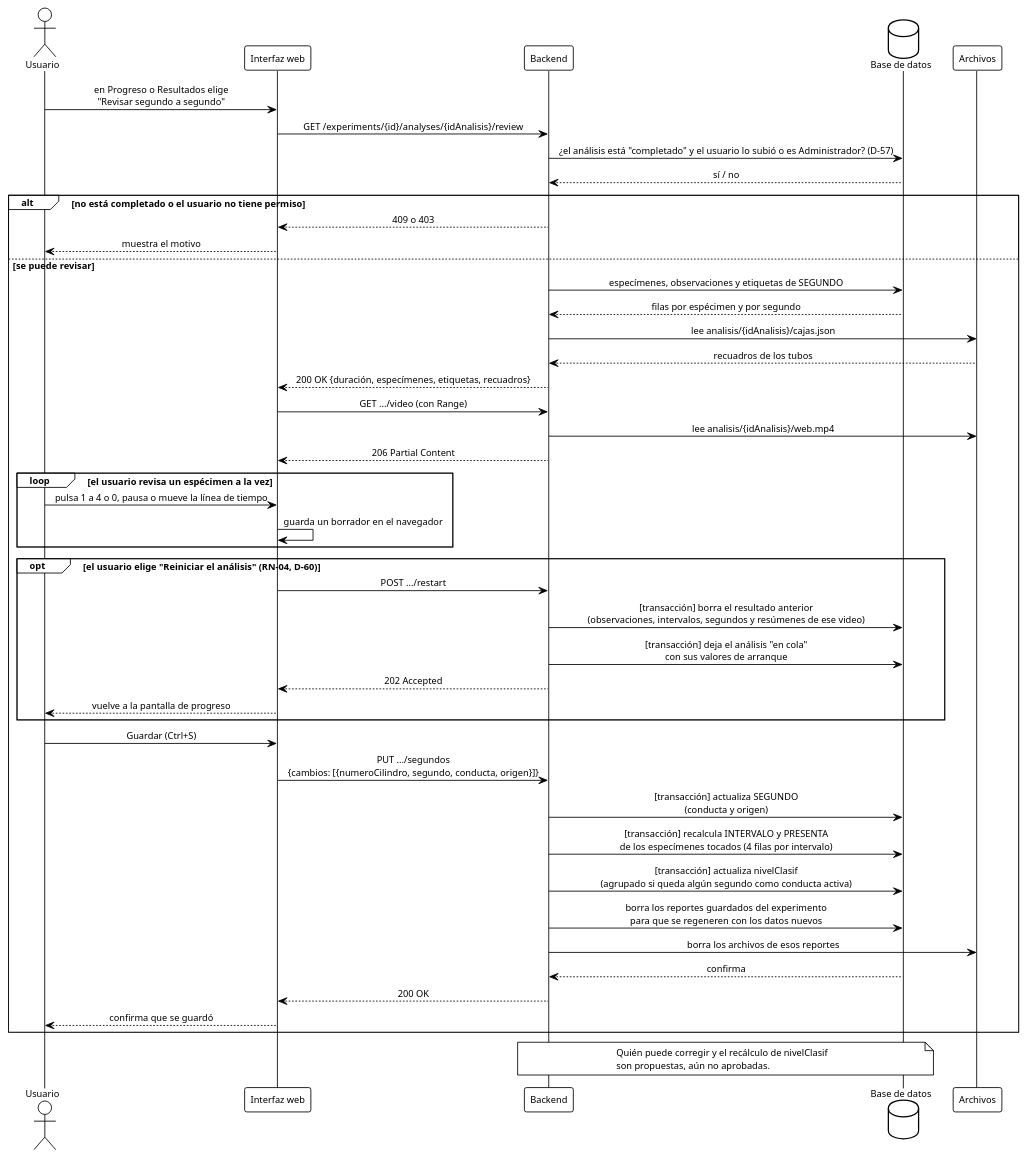
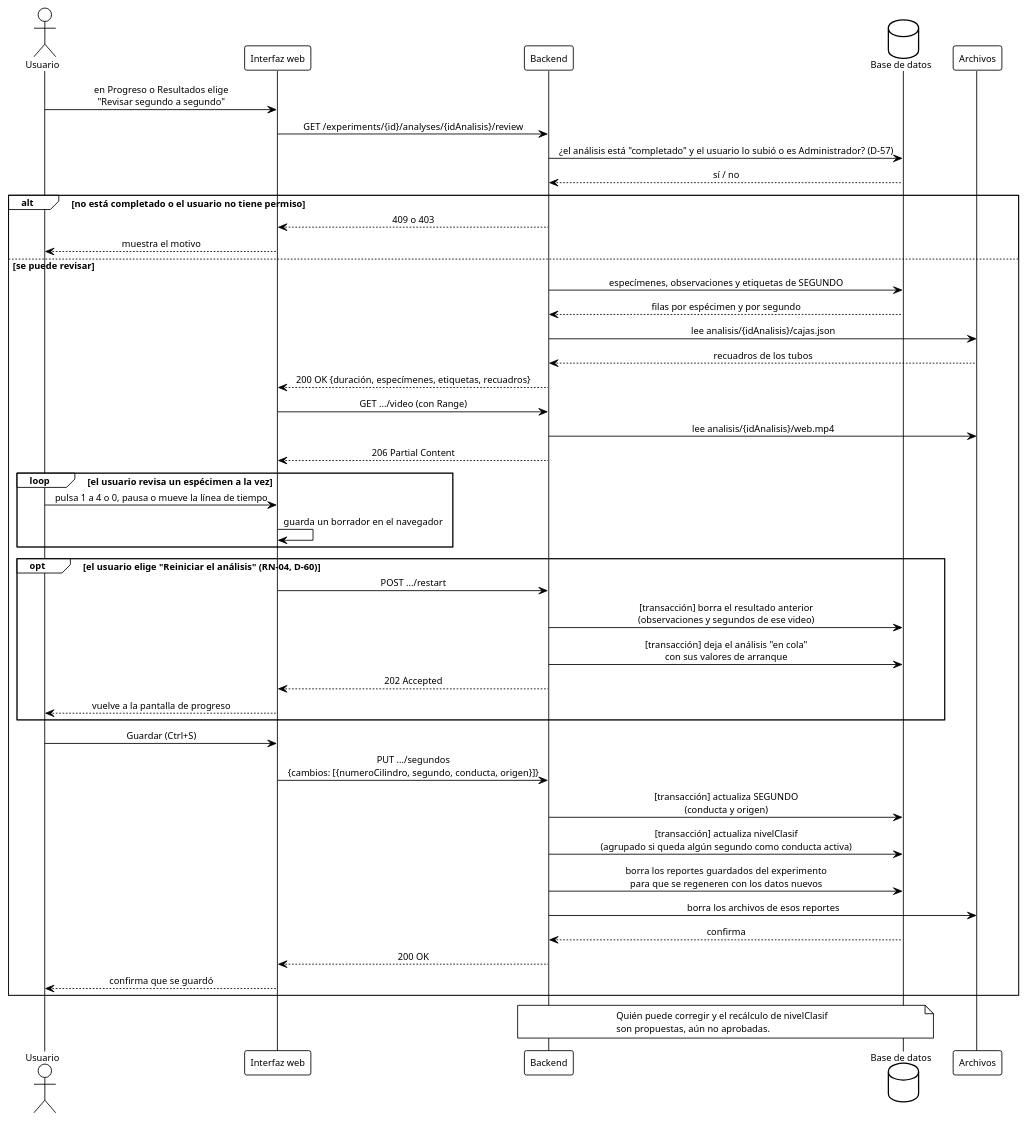
Before and after one commit to ErickJester/fst-ai-system-latex: diagram 35 of 39 in INSTRUCCIONES-WEB.md, drawn with PlantUML. The commit also changed other lines of this file and 45 other files, not shown here.

````diff
--- a/INSTRUCCIONES-WEB.md
+++ b/INSTRUCCIONES-WEB.md
@@ -2957,58 +2914,57 @@
 ```plantuml
 @startuml seq_revision_segundos
 !theme plain
 skinparam defaultFontName Arial
 skinparam defaultFontSize 11
 skinparam shadowing false
 skinparam sequenceMessageAlign center
 skinparam BoxPadding 10
 actor Usuario as u
 participant "Interfaz web" as ui
 participant Backend as api
 database "Base de datos" as db
 participant "Archivos" as fs
 
 u -> ui: en Progreso o Resultados elige\n"Revisar segundo a segundo"
 ui -> api: GET /experiments/{id}/analyses/{idAnalisis}/review
 api -> db: ¿el análisis está "completado" y el usuario lo subió o es Administrador? (D-57)
 db --> api: sí / no
 alt no está completado o el usuario no tiene permiso
   api --> ui: 409 o 403
   ui --> u: muestra el motivo
 else se puede revisar
   api -> db: especímenes, observaciones y etiquetas de SEGUNDO
   db --> api: filas por espécimen y por segundo
   api -> fs: lee analisis/{idAnalisis}/cajas.json
   fs --> api: recuadros de los tubos
   api --> ui: 200 OK {duración, especímenes, etiquetas, recuadros}
   ui -> api: GET .../video (con Range)
   api -> fs: lee analisis/{idAnalisis}/web.mp4
   api --> ui: 206 Partial Content
   loop el usuario revisa un espécimen a la vez
     u -> ui: pulsa 1 a 4 o 0, pausa o mueve la línea de tiempo
     ui -> ui: guarda un borrador en el navegador
   end
   opt el usuario elige "Reiniciar el análisis" (RN-04, D-60)
     ui -> api: POST .../restart
-    api -> db: [transacción] borra el resultado anterior\n(observaciones, intervalos, segundos y resúmenes de ese video)
+    api -> db: [transacción] borra el resultado anterior\n(observaciones y segundos de ese video)
     api -> db: [transacción] deja el análisis "en cola"\ncon sus valores de arranque
     api --> ui: 202 Accepted
     ui --> u: vuelve a la pantalla de progreso
   end
   u -> ui: Guardar (Ctrl+S)
   ui -> api: PUT .../segundos\n{cambios: [{numeroCilindro, segundo, conducta, origen}]}
   api -> db: [transacción] actualiza SEGUNDO\n(conducta y origen)
-  api -> db: [transacción] recalcula INTERVALO y PRESENTA\nde los especímenes tocados (4 filas por intervalo)
   api -> db: [transacción] actualiza nivelClasif\n(agrupado si queda algún segundo como conducta activa)
   api -> db: borra los reportes guardados del experimento\npara que se regeneren con los datos nuevos
   api -> fs: borra los archivos de esos reportes
   db --> api: confirma
   api --> ui: 200 OK
   ui --> u: confirma que se guardó
 end
 note over api, db
   Quién puede corregir y el recálculo de nivelClasif
   son propuestas, aún no aprobadas.
 end note
 @enduml
 ```
````
